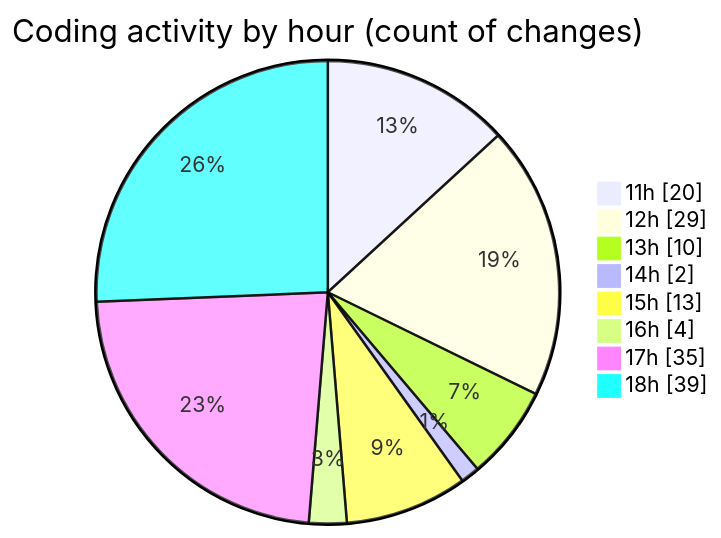
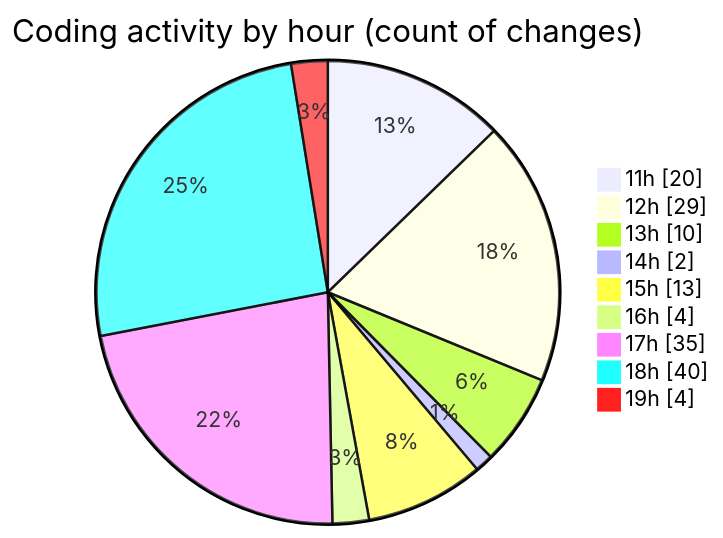
One commit to nxtqubesakshisongat/code-tracking changed the second of 2 diagrams in 2025-12-11/nxtqube_webapp/README.md. Above: the diagram before and after it, drawn with Mermaid. The commit also changed other lines of this file and 1 other file, not shown here.

````diff
--- a/2025-12-11/nxtqube_webapp/README.md
+++ b/2025-12-11/nxtqube_webapp/README.md
@@ -43,12 +43,13 @@
 ```mermaid
 pie showData
 title Coding activity by hour (count of changes)
 "11h" : 20
 "12h" : 29
 "13h" : 10
 "14h" : 2
 "15h" : 13
 "16h" : 4
 "17h" : 35
-"18h" : 39
+"18h" : 40
+"19h" : 4
 ```
````
